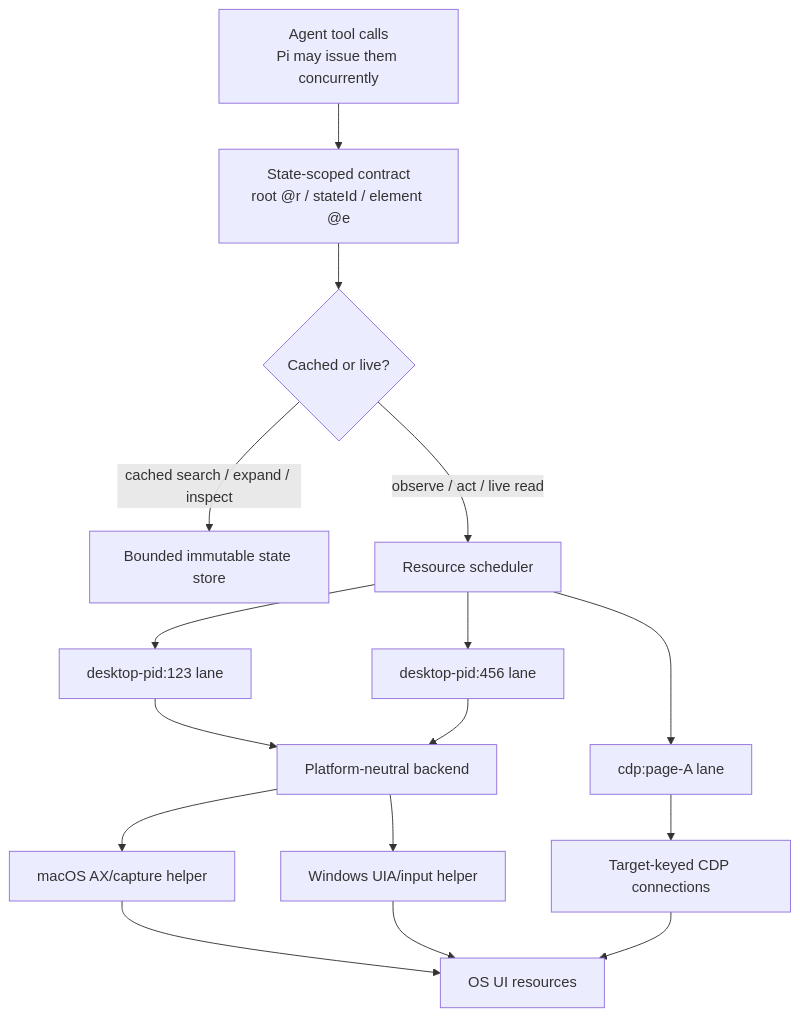
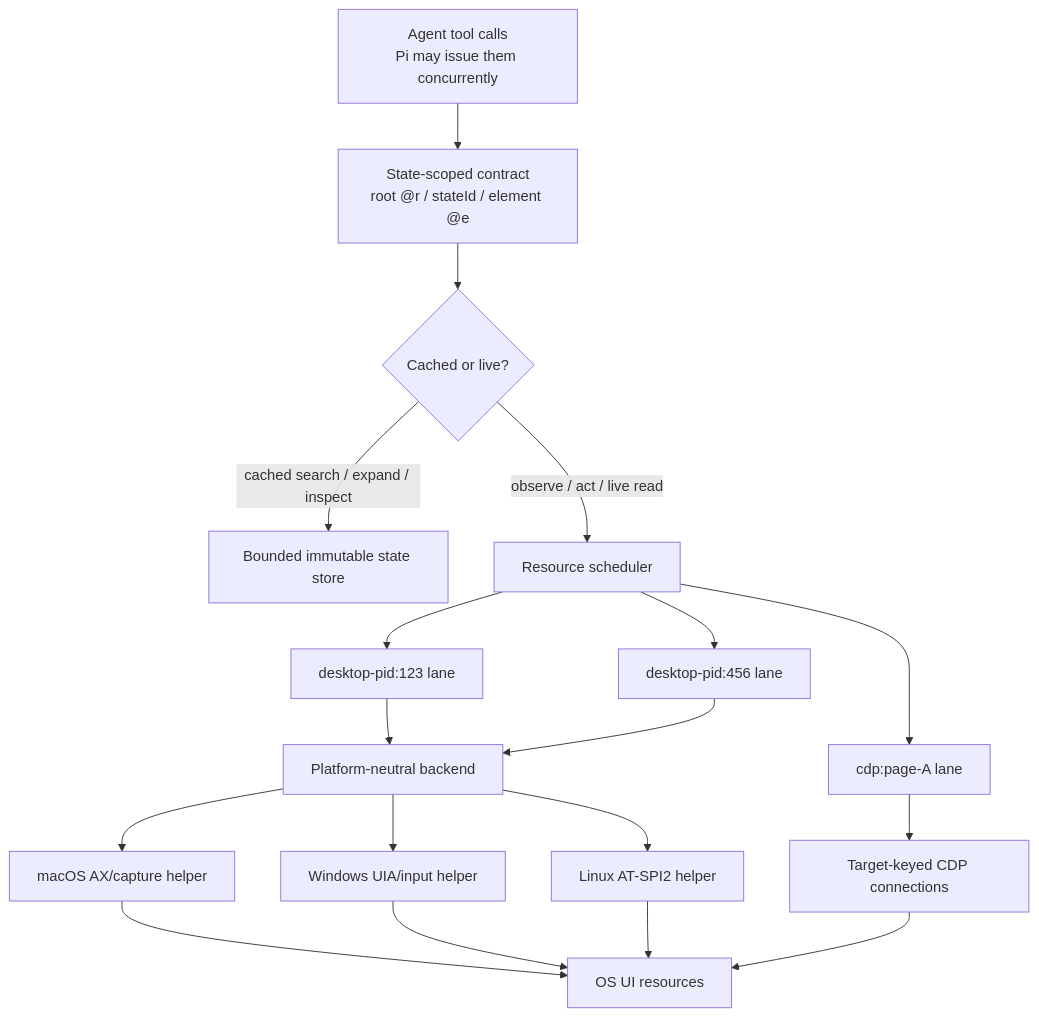
One commit to injaneity/pi-computer-use changed the diagram in docs/architecture.md. Above: the diagram before and after it, drawn with Mermaid. The commit also changed other lines of this file and 27 other files, not shown here.

````diff
--- a/docs/architecture.md
+++ b/docs/architecture.md
@@ -30,18 +30,20 @@
 ```mermaid
 flowchart TB
     A["Agent tool calls<br/>Pi may issue them concurrently"] --> C["State-scoped contract<br/>root @r / stateId / element @e"]
     C --> Q{"Cached or live?"}
     Q -->|"cached search / expand / inspect"| S["Bounded immutable state store"]
     Q -->|"observe / act / live read"| R["Resource scheduler"]
     R --> D1["desktop-pid:123 lane"]
     R --> D2["desktop-pid:456 lane"]
     R --> B1["cdp:page-A lane"]
     D1 --> P["Platform-neutral backend"]
     D2 --> P
     B1 --> Cdp["Target-keyed CDP connections"]
     P --> M["macOS AX/capture helper"]
     P --> W["Windows UIA/input helper"]
+    P --> L["Linux AT-SPI2 helper"]
     M --> O["OS UI resources"]
     W --> O
+    L --> O
     Cdp --> O
 ```
````
